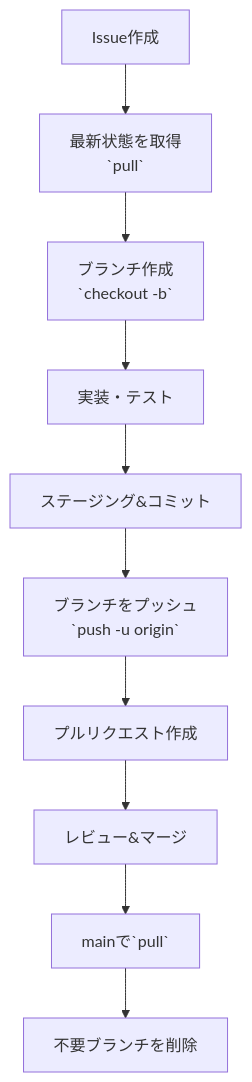
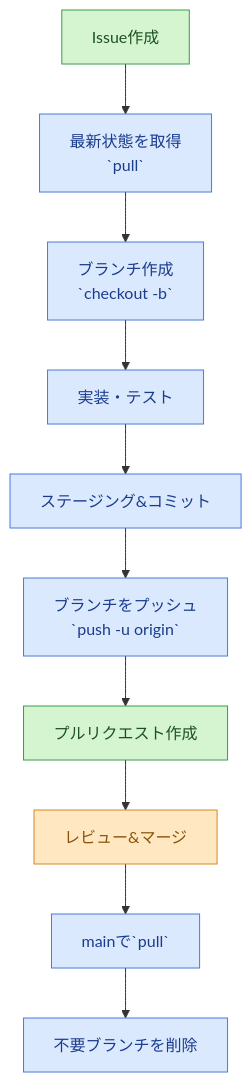
Before and after one commit to KazukiUrano/git-practice: the diagram in GitHub練習ガイド.md, drawn with Mermaid. The commit also changed other lines of this file, not shown here.

Commit message:
ガイド更新: Mermaid図に担当ごとの色分けを追加

````diff
--- a/GitHub練習ガイド.md
+++ b/GitHub練習ガイド.md
@@ -23,12 +23,21 @@
 ```mermaid
 flowchart TD
     A[Issue作成] --> B[最新状態を取得<br>`pull`]
     B --> C[ブランチ作成<br>`checkout -b`]
     C --> D[実装・テスト]
     D --> E[ステージング&コミット]
     E --> F[ブランチをプッシュ<br>`push -u origin`]
     F --> G[プルリクエスト作成]
     G --> H[レビュー&マージ]
     H --> I[mainで`pull`]
     I --> J[不要ブランチを削除]
+
+    classDef humanNode fill:#dbe9ff,stroke:#4a7bd8,color:#1b3c8d
+    classDef mcpNode fill:#d4f5d0,stroke:#3c9b4f,color:#1e5122
+    classDef githubNode fill:#ffe7c2,stroke:#d48a1f,color:#8a5408
+
+    class A mcpNode
+    class B,C,D,E,F,I,J humanNode
+    class G mcpNode
+    class H githubNode
 ```
````
